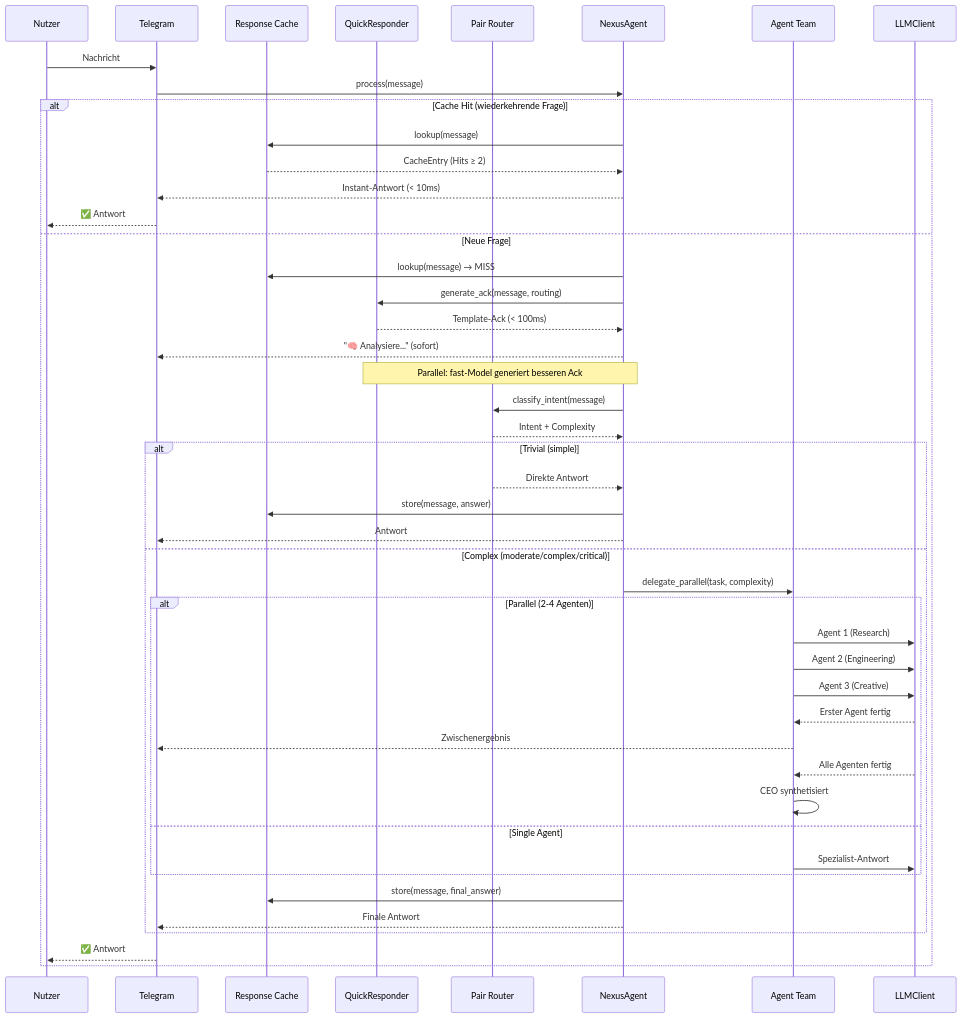
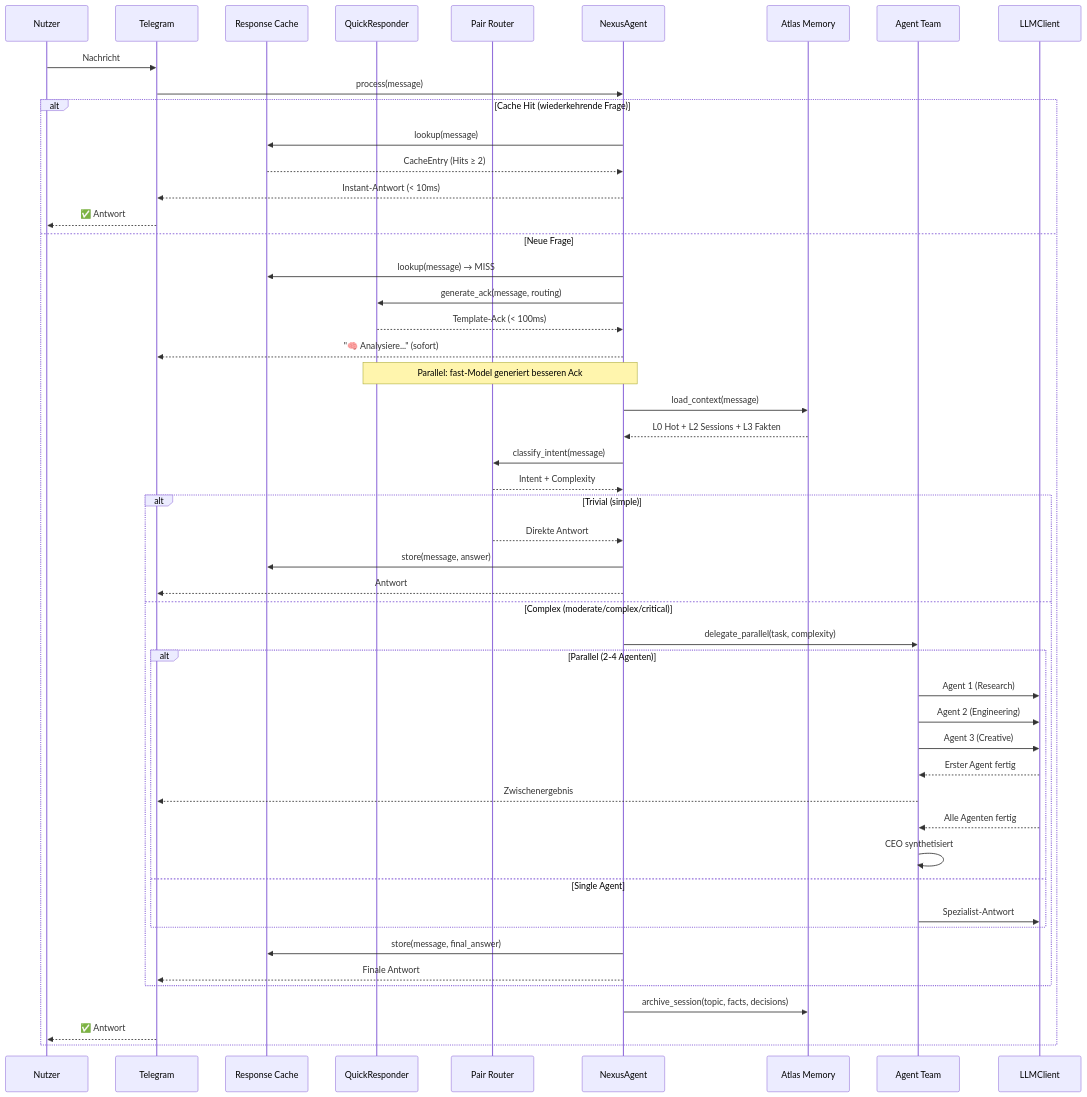
Before and after one commit to TitoPrausee/nexus-toti: the second of 9 diagrams in README.md, drawn with Mermaid. The commit also changed other lines of this file and 16 other files, not shown here.

First line of the commit message:
v10.0: Atlas Git Memory System — 5 Layer, keine Kompression

````diff
--- a/README.md
+++ b/README.md
@@ -164,54 +182,60 @@
 ```mermaid
 sequenceDiagram
     participant U as Nutzer
     participant TG as Telegram
     participant RC as Response Cache
     participant QR as QuickResponder
     participant PR as Pair Router
     participant AG as NexusAgent
+    participant AM as Atlas Memory
     participant TEAM as Agent Team
     participant LLM as LLMClient
 
     U->>TG: Nachricht
     TG->>AG: process(message)
 
     alt Cache Hit (wiederkehrende Frage)
         AG->>RC: lookup(message)
         RC-->>AG: CacheEntry (Hits ≥ 2)
         AG-->>TG: Instant-Antwort (< 10ms)
         TG-->>U: ✅ Antwort
     else Neue Frage
         AG->>RC: lookup(message) → MISS
         AG->>QR: generate_ack(message, routing)
         QR-->>AG: Template-Ack (< 100ms)
         AG-->>TG: "🧠 Analysiere..." (sofort)
         Note over QR,AG: Parallel: fast-Model generiert besseren Ack
+
+        AG->>AM: load_context(message)
+        AM-->>AG: L0 Hot + L2 Sessions + L3 Fakten
 
         AG->>PR: classify_intent(message)
         PR-->>AG: Intent + Complexity
 
         alt Trivial (simple)
             PR-->>AG: Direkte Antwort
             AG->>RC: store(message, answer)
             AG-->>TG: Antwort
         else Complex (moderate/complex/critical)
             AG->>TEAM: delegate_parallel(task, complexity)
 
             alt Parallel (2-4 Agenten)
                 TEAM->>LLM: Agent 1 (Research)
                 TEAM->>LLM: Agent 2 (Engineering)
                 TEAM->>LLM: Agent 3 (Creative)
                 LLM-->>TEAM: Erster Agent fertig
                 TEAM-->>TG: Zwischenergebnis
                 LLM-->>TEAM: Alle Agenten fertig
                 TEAM->>TEAM: CEO synthetisiert
             else Single Agent
                 TEAM->>LLM: Spezialist-Antwort
             end
 
             AG->>RC: store(message, final_answer)
             AG-->>TG: Finale Antwort
         end
+
+        AG->>AM: archive_session(topic, facts, decisions)
         TG-->>U: ✅ Antwort
     end
 ```
````
